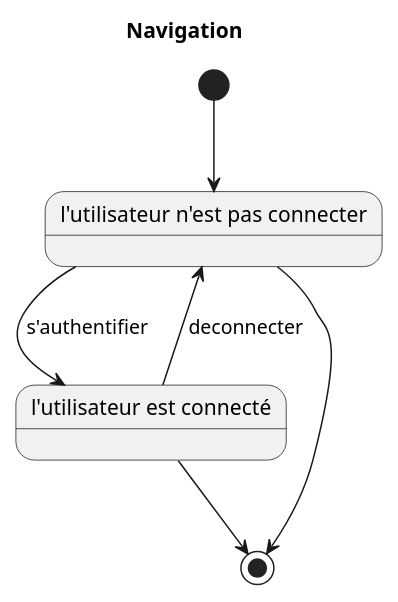
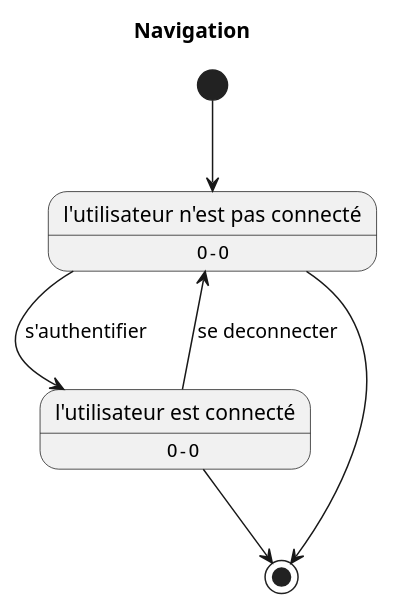
One commit to dorianleveque/CoHub changed the diagram in docs/UML/diagramme etat transition/navigation.puml. Above: the diagram before and after it, drawn with PlantUML. The commit also changed 1 other file, not shown here.

Commit message:
update diagrammes de séquence

```diff
--- a/docs/UML/diagramme etat transition/navigation.puml
+++ b/docs/UML/diagramme etat transition/navigation.puml
@@ -1,12 +1,14 @@
 @startuml
 title Navigation
 
-state S1 as "l'utilisateur n'est pas connecter"
+state S1 as "l'utilisateur n'est pas connecté"
+S1 : ""             O-O""
 state S2 as "l'utilisateur est connecté" 
+S2 : ""           O-O""
 
 [*] --> S1
 S1  --> S2 : s'authentifier
-S2  --> S1 : deconnecter
+S2  --> S1 : se deconnecter
 S1  --> [*]
 S2  --> [*]
 @enduml
```
